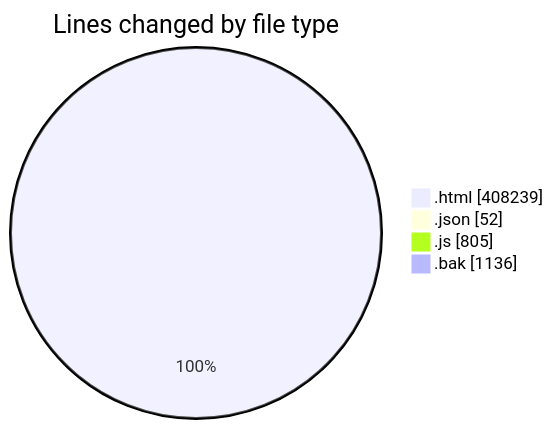
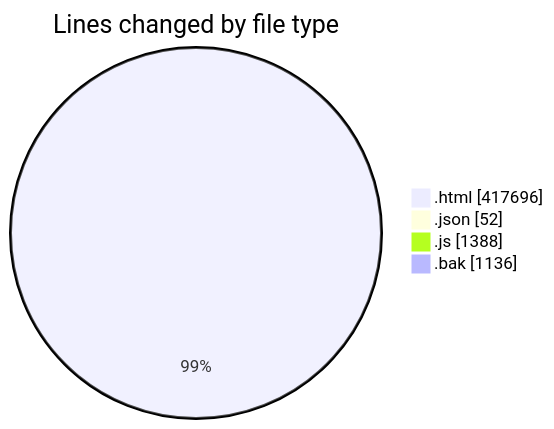
Before and after one commit to vahidmafi/code-tracking: the first of 2 diagrams in 2025-09-16/www/README.md, drawn with Mermaid. The commit also changed other lines of this file and 1 other file, not shown here.

````diff
--- a/2025-09-16/www/README.md
+++ b/2025-09-16/www/README.md
@@ -573,8 +586,8 @@
 ```mermaid
 pie showData
 title Lines changed by file type
-".html" : 408239
+".html" : 417696
 ".json" : 52
-".js" : 805
+".js" : 1388
 ".bak" : 1136
 ```
````
